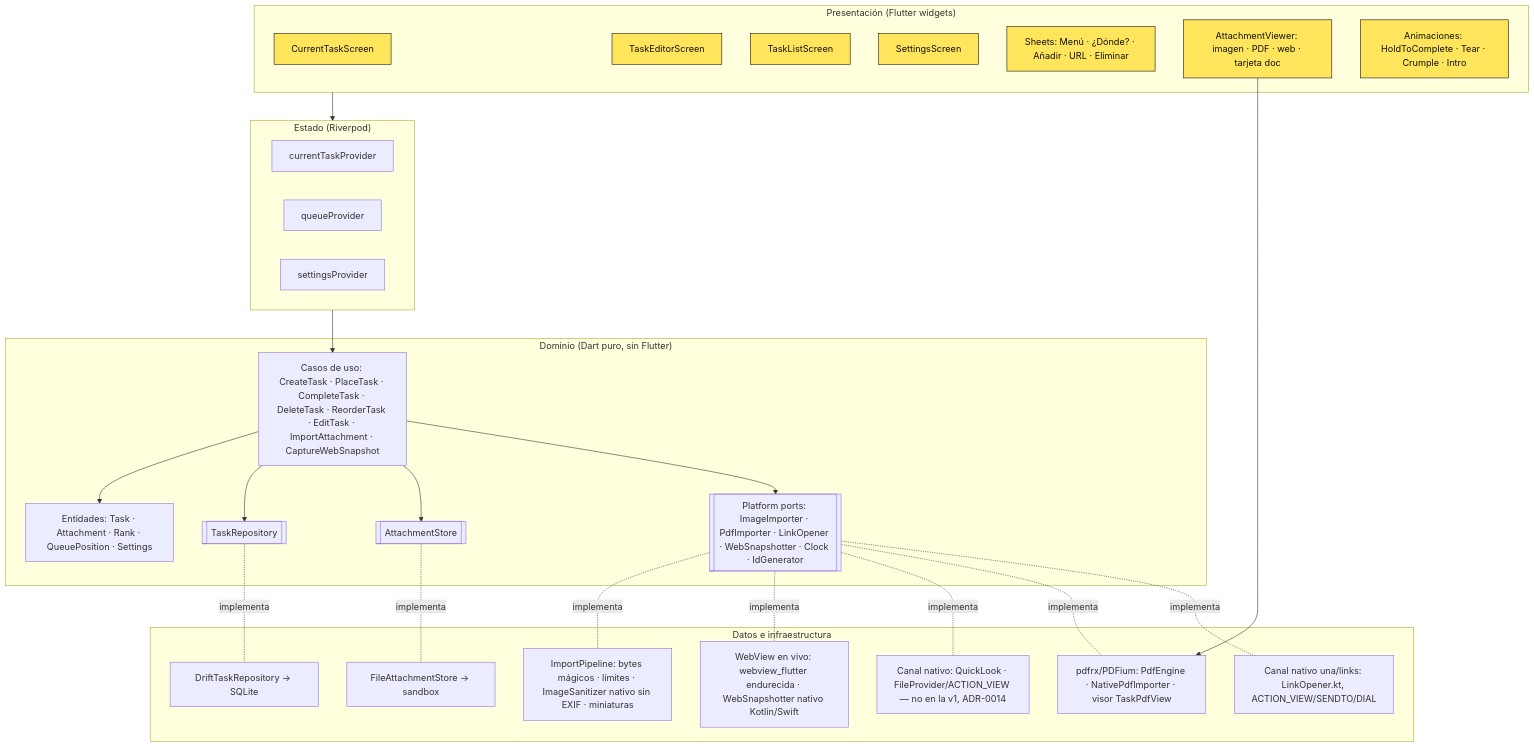
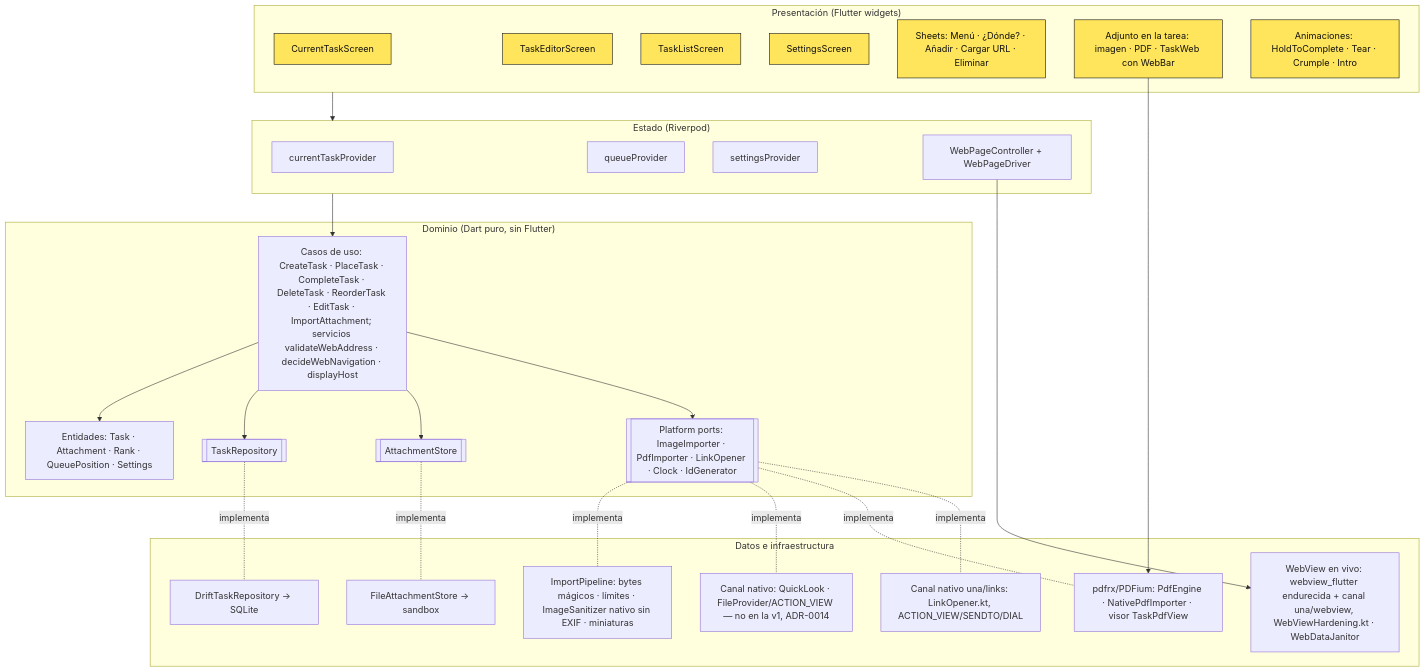
One commit to svallev/una changed the first of 4 diagrams in docs/architecture.md. Above: the diagram before and after it, drawn with Mermaid. The commit also changed other lines of this file and 116 other files, not shown here.

````diff
--- a/docs/architecture.md
+++ b/docs/architecture.md
@@ -7,41 +7,43 @@
 ```mermaid
 flowchart TB
   subgraph UI["Presentación (Flutter widgets)"]
     S1[CurrentTaskScreen]:::ui
     S2[TaskEditorScreen]:::ui
     S3[TaskListScreen]:::ui
     S4[SettingsScreen]:::ui
-    SH[Sheets: Menú · ¿Dónde? · Añadir · URL · Eliminar]:::ui
-    V[AttachmentViewer: imagen · PDF · web · tarjeta doc]:::ui
+    SH[Sheets: Menú · ¿Dónde? · Añadir · Cargar URL · Eliminar]:::ui
+    V[Adjunto en la tarea: imagen · PDF · TaskWeb con WebBar]:::ui
     FX[Animaciones: HoldToComplete · Tear · Crumple · Intro]:::ui
   end
   subgraph STATE["Estado (Riverpod)"]
     P1[currentTaskProvider]
     P2[queueProvider]
     P3[settingsProvider]
+    P4[WebPageController + WebPageDriver]
   end
   subgraph DOMAIN["Dominio (Dart puro, sin Flutter)"]
-    UC[Casos de uso: CreateTask · PlaceTask · CompleteTask · DeleteTask · ReorderTask · EditTask · ImportAttachment · CaptureWebSnapshot]
+    UC[Casos de uso: CreateTask · PlaceTask · CompleteTask · DeleteTask · ReorderTask · EditTask · ImportAttachment; servicios validateWebAddress · decideWebNavigation · displayHost]
     E[Entidades: Task · Attachment · Rank · QueuePosition · Settings]
     RP[[TaskRepository]]
     AS[[AttachmentStore]]
-    PF[[Platform ports: ImageImporter · PdfImporter · LinkOpener · WebSnapshotter · Clock · IdGenerator]]
+    PF[[Platform ports: ImageImporter · PdfImporter · LinkOpener · Clock · IdGenerator]]
   end
   subgraph DATA["Datos e infraestructura"]
     DR[DriftTaskRepository → SQLite]
     FS[FileAttachmentStore → sandbox]
     IMP[ImportPipeline: bytes mágicos · límites · ImageSanitizer nativo sin EXIF · miniaturas]
-    WV[WebView en vivo: webview_flutter endurecida · WebSnapshotter nativo Kotlin/Swift]
+    WV[WebView en vivo: webview_flutter endurecida + canal una/webview, WebViewHardening.kt · WebDataJanitor]
     PDF[pdfrx/PDFium: PdfEngine · NativePdfImporter · visor TaskPdfView]
     LNK[Canal nativo una/links: LinkOpener.kt, ACTION_VIEW/SENDTO/DIAL]
     NV[Canal nativo: QuickLook · FileProvider/ACTION_VIEW — no en la v1, ADR-0014]
   end
   UI --> STATE --> UC
   UC --> E
   UC --> RP & AS & PF
   RP -.implementa.- DR
   AS -.implementa.- FS
-  PF -.implementa.- IMP & WV & NV & PDF & LNK
+  PF -.implementa.- IMP & NV & PDF & LNK
+  P4 --> WV
   V --> PDF
   classDef ui fill:#FFE55C,stroke:#111,color:#111
 ```
````
